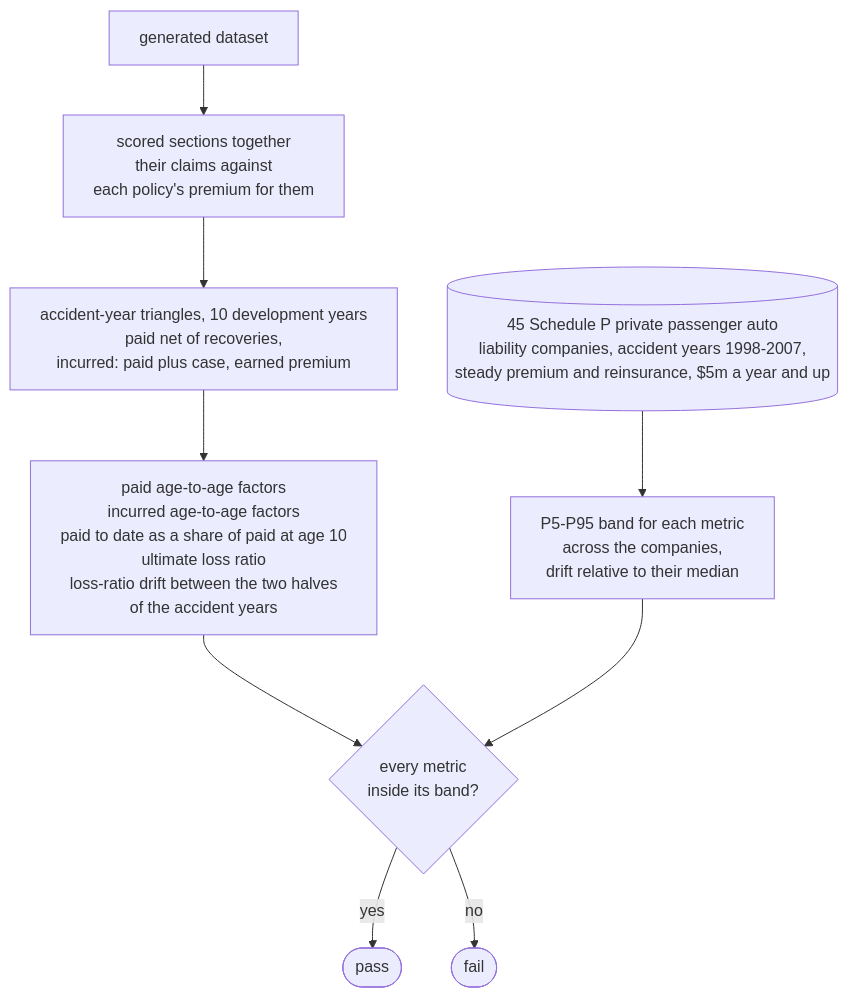
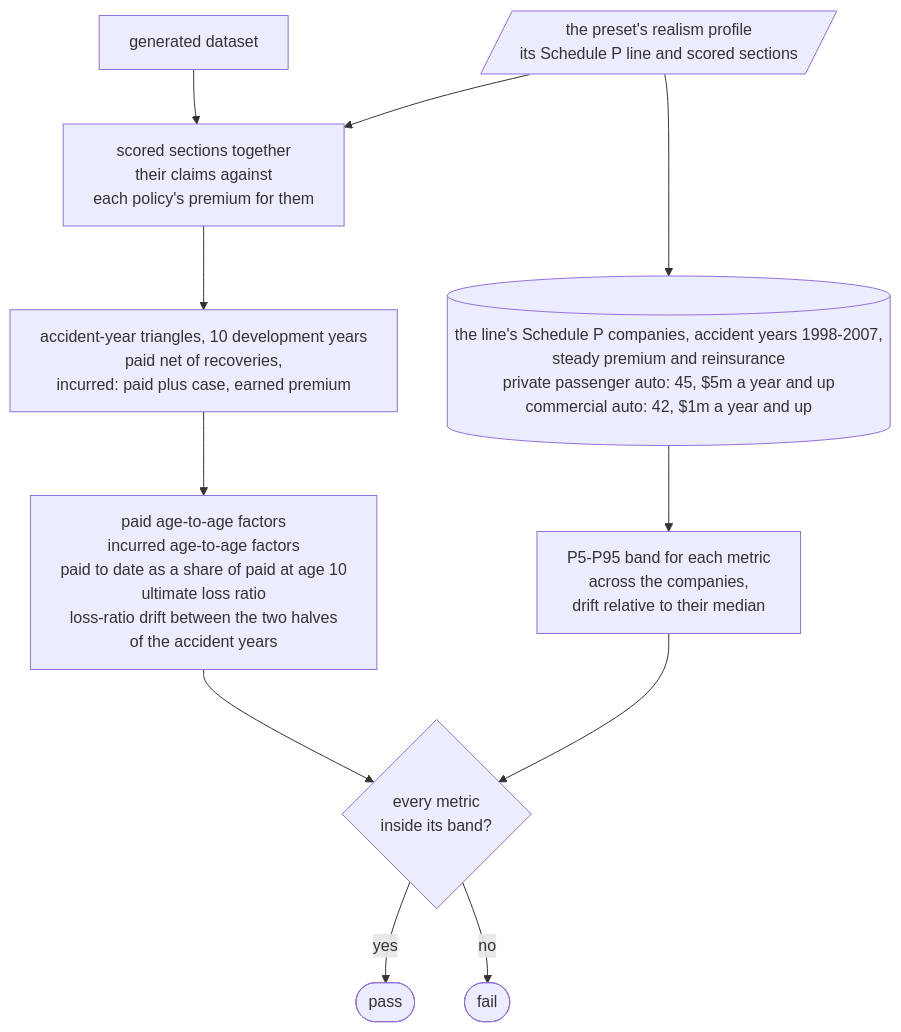
Before and after one commit to le-marais/claims-data-generator: the tenth of 10 diagrams in README.md, drawn with Mermaid. The commit also changed other lines of this file and 40 other files, not shown here.

First line of the commit message:
Add a commercial motor preset with a fleet book, scored against Schedule P Part 1C (#31)

````diff
--- a/README.md
+++ b/README.md
@@ -384,17 +393,20 @@
 ```mermaid
 %%{init: {"flowchart": {"wrappingWidth": 480}}}%%
 flowchart TD
     dataset["generated dataset"]
+    profile[/"the preset's realism profile<br/>its Schedule P line and scored sections"/]
     section["scored sections together<br/>their claims against<br/>each policy's premium for them"]
     triangles["accident-year triangles, 10 development years<br/>paid net of recoveries,<br/>incurred: paid plus case, earned premium"]
     metrics["paid age-to-age factors<br/>incurred age-to-age factors<br/>paid to date as a share of paid at age 10<br/>ultimate loss ratio<br/>loss-ratio drift between the two halves<br/>of the accident years"]
-    references[("45 Schedule P private passenger auto<br/>liability companies, accident years 1998-2007,<br/>steady premium and reinsurance, $5m a year and up")]
+    references[("the line's Schedule P companies, accident years 1998-2007,<br/>steady premium and reinsurance<br/>private passenger auto: 45, $5m a year and up<br/>commercial auto: 42, $1m a year and up")]
     bands["P5-P95 band for each metric<br/>across the companies,<br/>drift relative to their median"]
     verdict{"every metric<br/>inside its band?"}
     pass(["pass"])
     fail(["fail"])
     dataset --> section --> triangles --> metrics --> verdict
+    profile --> section
+    profile --> references
     references --> bands --> verdict
     verdict -- "yes" --> pass
     verdict -- "no" --> fail
 ```
````
